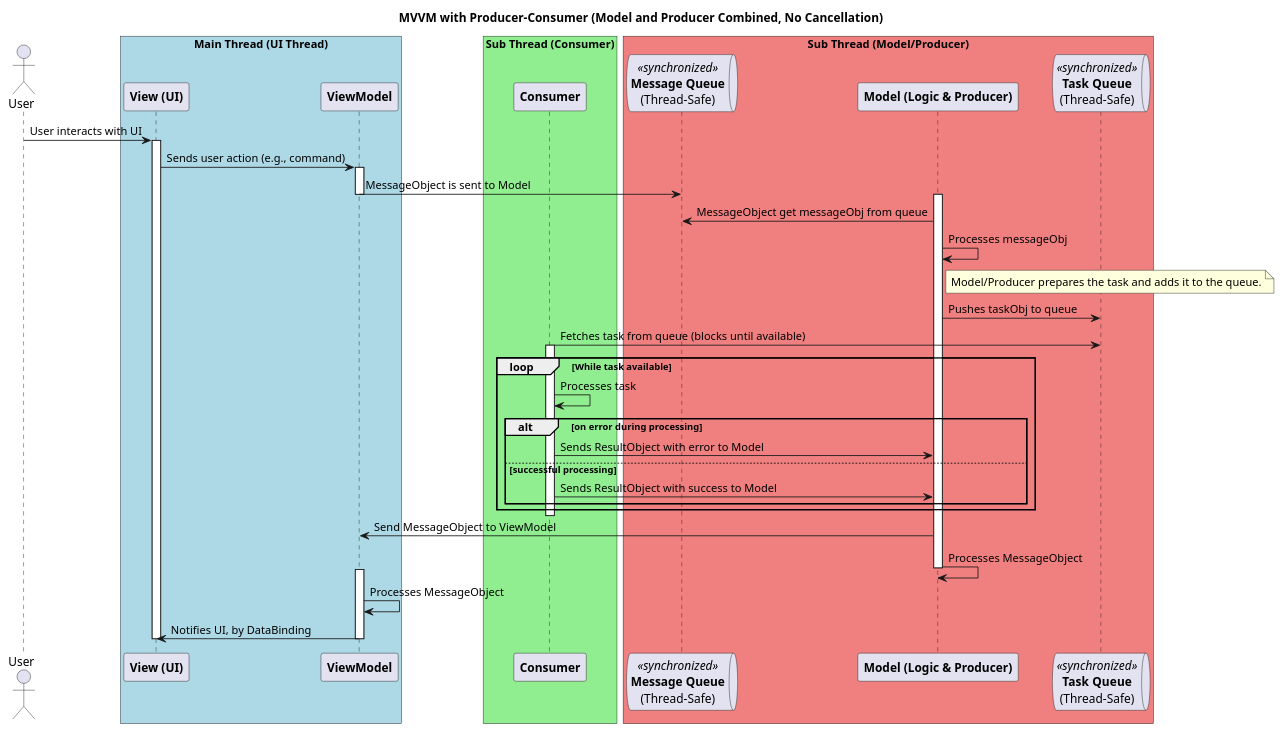
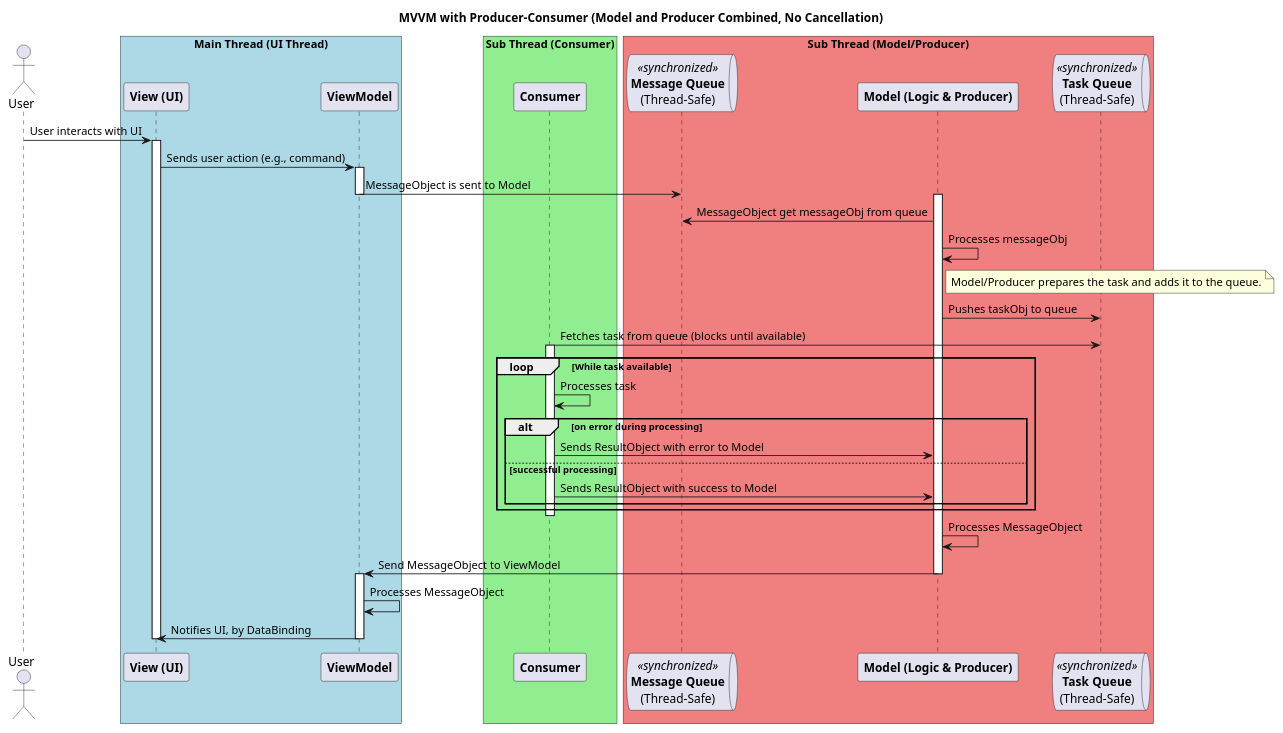
The diagram in design/uml/generalSequence.plantuml (anhembedded/RsLazyApp), drawn with PlantUML before and after one commit. The commit also changed other lines of this file and 3 other files, not shown here.

```diff
--- a/design/uml/generalSequence.plantuml
+++ b/design/uml/generalSequence.plantuml
@@ -1,58 +1,58 @@
 @startuml
 title **MVVM with Producer-Consumer (Model and Producer Combined, No Cancellation)**
 
 actor "User" as U
 
 box "Main Thread (UI Thread)" #LightBlue
     participant "**View (UI)**" as V
     participant "**ViewModel**" as VM
 end box
 
 box "Sub Thread (Consumer)" #LightGreen
     participant "**Consumer**" as CS
 end box
 
 box "Sub Thread (Model/Producer)" #LightCoral
     queue "**Message Queue**\n(Thread-Safe)" as MQ <<synchronized>>
     participant "**Model (Logic & Producer)**" as MP
     queue "**Task Queue**\n(Thread-Safe)" as TQ <<synchronized>>
 end box
 
 ' --- User Interaction & Task Creation ---
 U -> V: User interacts with UI
 activate V
 V -> VM: Sends user action (e.g., command)
 activate VM
 VM -> MQ: MessageObject is sent to Model
 deactivate VM
 activate MP
 MP -> MQ: MessageObject get messageObj from queue
 MP -> MP: Processes messageObj
 
 note right of MP: Model/Producer prepares the task and adds it to the queue.
 
 MP -> TQ: Pushes taskObj to queue
 
 ' --- Task Consumption & Processing ---
 CS -> TQ: Fetches task from queue (blocks until available)
 activate CS
 loop While task available
     CS -> CS: Processes task
     alt on error during processing
         CS -> MP: Sends ResultObject with error to Model
     else successful processing
         CS -> MP: Sends ResultObject with success to Model
     end
 end
 deactivate CS
 
+MP -> MP: Processes MessageObject
 MP -> VM: Send MessageObject to ViewModel
-MP -> MP: Processes MessageObject
 deactivate MP
 activate VM
 VM -> VM: Processes MessageObject
 VM -> V: Notifies UI, by DataBinding
 deactivate VM
 deactivate V
 
 @enduml
```
